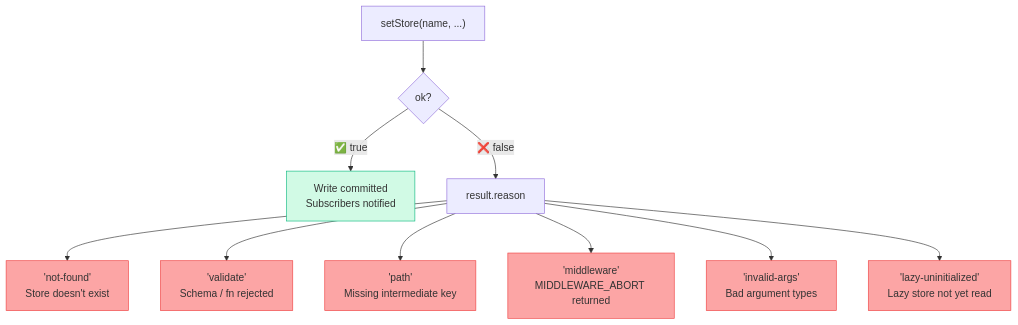
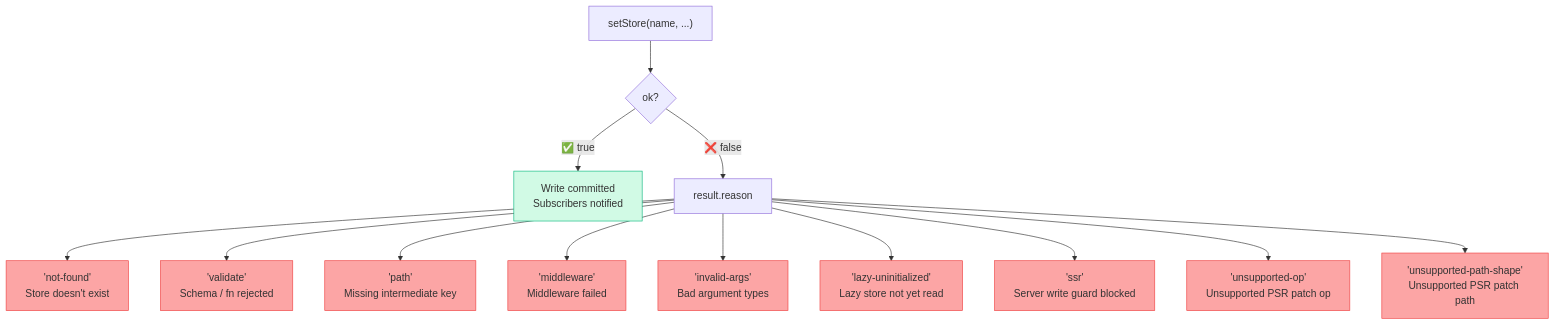
Before and after one commit to Himesh-Bhattarai/stroid: the tenth of 10 diagrams in docs/STROID_CORE/INDEX.md, drawn with Mermaid. The commit also changed other lines of this file and 24 other files, not shown here.

````diff
--- a/docs/STROID_CORE/INDEX.md
+++ b/docs/STROID_CORE/INDEX.md
@@ -681,23 +681,29 @@
 ```mermaid
 flowchart TD
     WRITE["setStore(name, ...)"]
 
     WRITE --> OK{"ok?"}
     OK -- "✅ true" --> SUCCESS["Write committed\nSubscribers notified"]
     OK -- "❌ false" --> REASON["result.reason"]
 
     REASON --> R1["'not-found'\nStore doesn't exist"]
     REASON --> R2["'validate'\nSchema / fn rejected"]
     REASON --> R3["'path'\nMissing intermediate key"]
-    REASON --> R4["'middleware'\nMIDDLEWARE_ABORT returned"]
+    REASON --> R4["'middleware'\nMiddleware failed"]
     REASON --> R5["'invalid-args'\nBad argument types"]
     REASON --> R6["'lazy-uninitialized'\nLazy store not yet read"]
+    REASON --> R7["'ssr'\nServer write guard blocked"]
+    REASON --> R8["'unsupported-op'\nUnsupported PSR patch op"]
+    REASON --> R9["'unsupported-path-shape'\nUnsupported PSR patch path"]
 
     style SUCCESS fill:#d1fae5,stroke:#10b981
     style R1 fill:#fca5a5,stroke:#ef4444
     style R2 fill:#fca5a5,stroke:#ef4444
     style R3 fill:#fca5a5,stroke:#ef4444
     style R4 fill:#fca5a5,stroke:#ef4444
     style R5 fill:#fca5a5,stroke:#ef4444
     style R6 fill:#fca5a5,stroke:#ef4444
+    style R7 fill:#fca5a5,stroke:#ef4444
+    style R8 fill:#fca5a5,stroke:#ef4444
+    style R9 fill:#fca5a5,stroke:#ef4444
 ```
````
